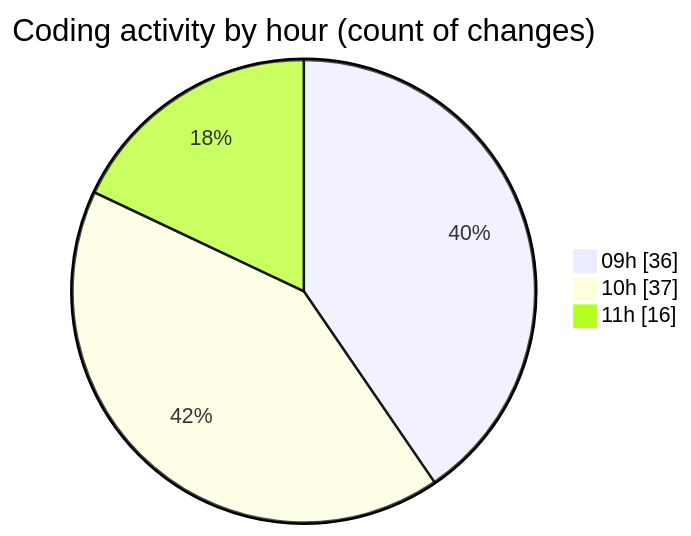
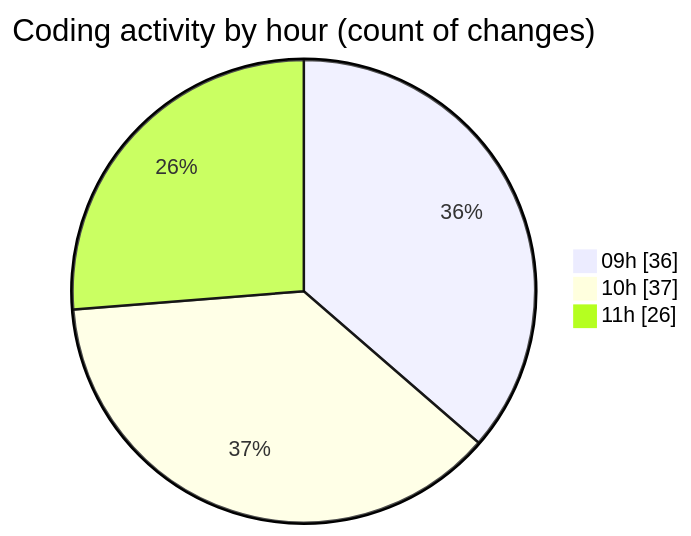
One commit to momahboobian/code-tracking changed the second of 2 diagrams in 2026-04-16/cda/README.md. Above: the diagram before and after it, drawn with Mermaid. The commit also changed other lines of this file and 1 other file, not shown here.

````diff
--- a/2026-04-16/cda/README.md
+++ b/2026-04-16/cda/README.md
@@ -31,7 +31,7 @@
 ```mermaid
 pie showData
 title Coding activity by hour (count of changes)
 "09h" : 36
 "10h" : 37
-"11h" : 16
+"11h" : 26
 ```
````
